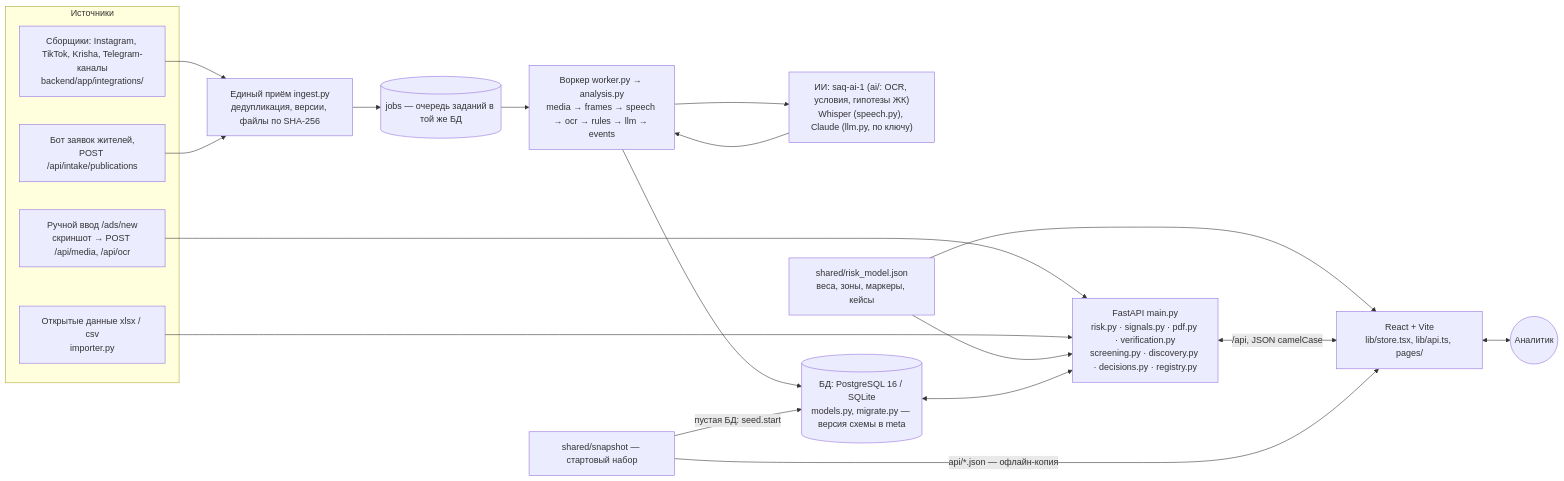
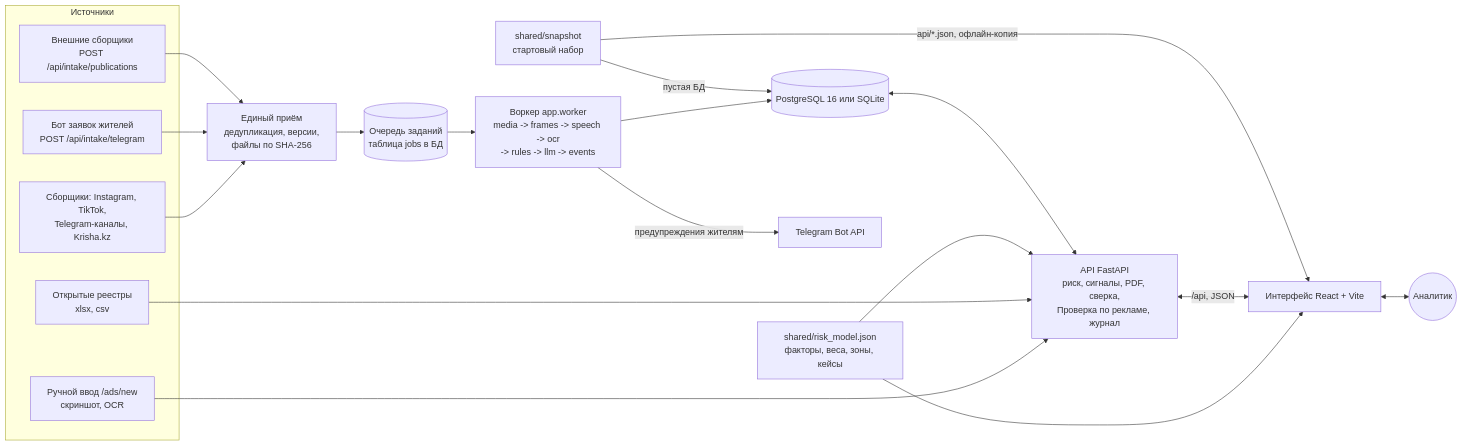
Before and after one commit to VigesSvet/codemasters8: the diagram in README.md, drawn with Mermaid. The commit also changed other lines of this file and 95 other files, not shown here.

````diff
--- a/README.md
+++ b/README.md
@@ -49,25 +44,26 @@
 ```mermaid
 flowchart LR
   subgraph SRC["Источники"]
-    COL["Сборщики: Instagram, TikTok, Krisha, Telegram-каналы<br/>backend/app/integrations/"]
-    INT["Бот заявок жителей,<br/>POST /api/intake/publications"]
-    MAN["Ручной ввод /ads/new<br/>скриншот → POST /api/media, /api/ocr"]
-    OPEN["Открытые данные xlsx / csv<br/>importer.py"]
+    COL["Сборщики: Instagram, TikTok,<br/>Telegram-каналы, Krisha.kz"]
+    BOT["Бот заявок жителей<br/>POST /api/intake/telegram"]
+    EXT["Внешние сборщики<br/>POST /api/intake/publications"]
+    MAN["Ручной ввод /ads/new<br/>скриншот, OCR"]
+    OPEN["Открытые реестры<br/>xlsx, csv"]
   end
   COL --> ING
-  INT --> ING
-  ING["Единый приём ingest.py<br/>дедупликация, версии, файлы по SHA-256"] --> JOBS[("jobs — очередь заданий в той же БД")]
-  JOBS --> WRK["Воркер worker.py → analysis.py<br/>media → frames → speech → ocr → rules → llm → events"]
-  WRK --> AI["ИИ: saq-ai-1 (ai/: OCR, условия, гипотезы ЖК)<br/>Whisper (speech.py), Claude (llm.py, по ключу)"]
-  AI --> WRK
-  WRK --> DB[("БД: PostgreSQL 16 / SQLite<br/>models.py, migrate.py — версия схемы в meta")]
+  BOT --> ING
+  EXT --> ING
+  ING["Единый приём<br/>дедупликация, версии,<br/>файлы по SHA-256"] --> JOBS[("Очередь заданий<br/>таблица jobs в БД")]
+  JOBS --> WRK["Воркер app.worker<br/>media -> frames -> speech -> ocr<br/>-> rules -> llm -> events"]
+  WRK --> DB[("PostgreSQL 16 или SQLite")]
   MAN --> API
   OPEN --> API
-  SNAP["shared/snapshot — стартовый набор"] -->|"пустая БД: seed.start"| DB
-  MODEL["shared/risk_model.json<br/>веса, зоны, маркеры, кейсы"] --> API
+  SNAP["shared/snapshot<br/>стартовый набор"] -->|"пустая БД"| DB
+  MODEL["shared/risk_model.json<br/>факторы, веса, зоны, кейсы"] --> API
   MODEL --> UI
-  DB <--> API["FastAPI main.py<br/>risk.py · signals.py · pdf.py · verification.py<br/>screening.py · discovery.py · decisions.py · registry.py"]
-  API <-->|"/api, JSON camelCase"| UI["React + Vite<br/>lib/store.tsx, lib/api.ts, pages/"]
-  SNAP -->|"api/*.json — офлайн-копия"| UI
+  DB <--> API["API FastAPI<br/>риск, сигналы, PDF, сверка,<br/>Проверка по рекламе, журнал"]
+  API <-->|"/api, JSON"| UI["Интерфейс React + Vite"]
+  SNAP -->|"api/*.json, офлайн-копия"| UI
   UI <--> USER(("Аналитик"))
+  WRK -->|"предупреждения жителям"| TG["Telegram Bot API"]
 ```
````
